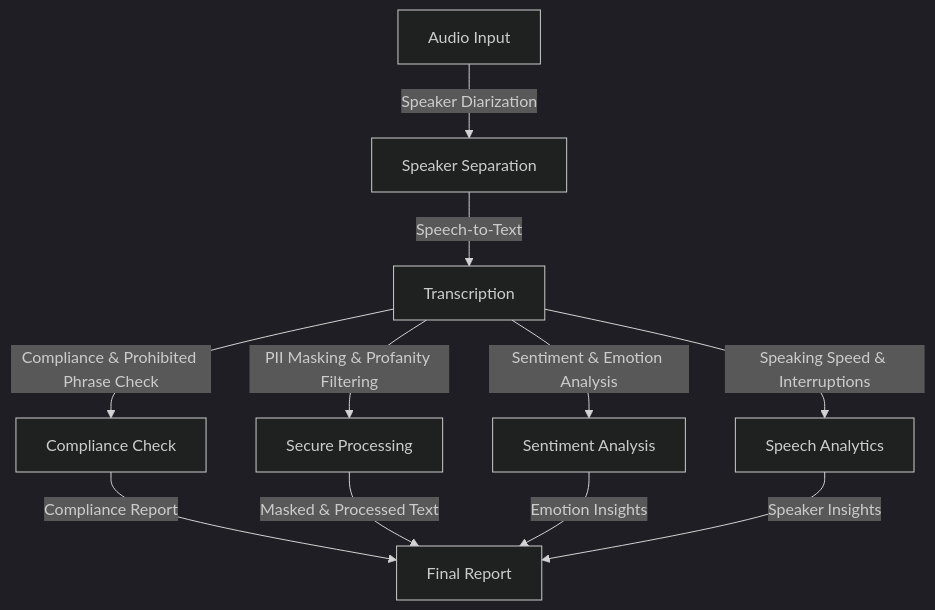
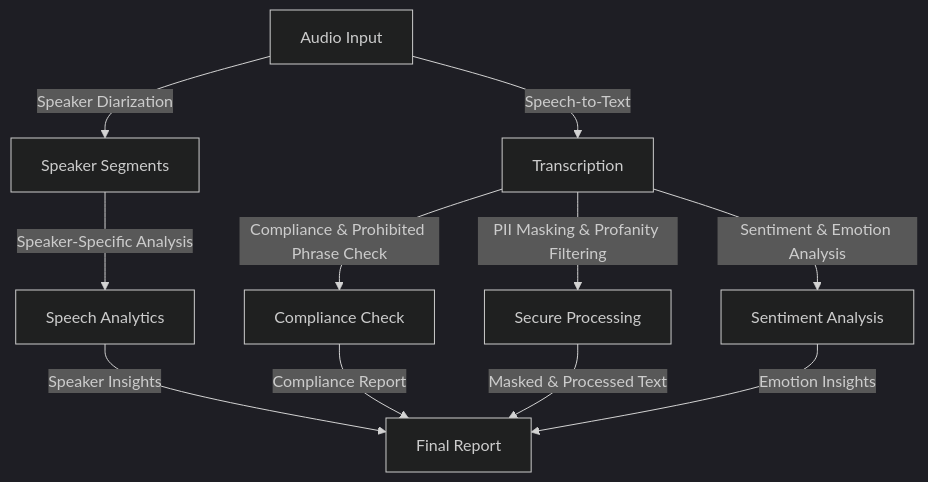
The diagram in project-docs/docs/architecture.md (AkshayJadhav96/SpeechRecognitionProject), drawn with Mermaid (dark theme) before and after one commit. The commit also changed 1 other file, not shown here.

````diff
--- a/project-docs/docs/architecture.md
+++ b/project-docs/docs/architecture.md
@@ -15,15 +15,15 @@
 ```mermaid
 graph TD;
-    A[Audio Input] -->|Speaker Diarization| B[Speaker Separation];
-    B -->|Speech-to-Text| C[Transcription];
+    A[Audio Input] -->|Speaker Diarization| B[Speaker Segments];
+    A -->|Speech-to-Text| C[Transcription];
 
-    C -->|Compliance & Prohibited Phrase Check| D[Compliance Check];
-    C -->|PII Masking & Profanity Filtering| E[Secure Processing];
-    C -->|Sentiment & Emotion Analysis| F[Sentiment Analysis];
-    C -->|Speaking Speed & Interruptions| G[Speech Analytics];
+    B -->|Speaker-Specific Analysis| D[Speech Analytics];
+    C -->|Compliance & Prohibited Phrase Check| E[Compliance Check];
+    C -->|PII Masking & Profanity Filtering| F[Secure Processing];
+    C -->|Sentiment & Emotion Analysis| G[Sentiment Analysis];
 
-    D -->|Compliance Report| H[Final Report];
-    E -->|Masked & Processed Text| H;
-    F -->|Emotion Insights| H;
-    G -->|Speaker Insights| H;
+    D -->|Speaker Insights| H[Final Report];
+    E -->|Compliance Report| H;
+    F -->|Masked & Processed Text| H;
+    G -->|Emotion Insights| H;
 ```
````
